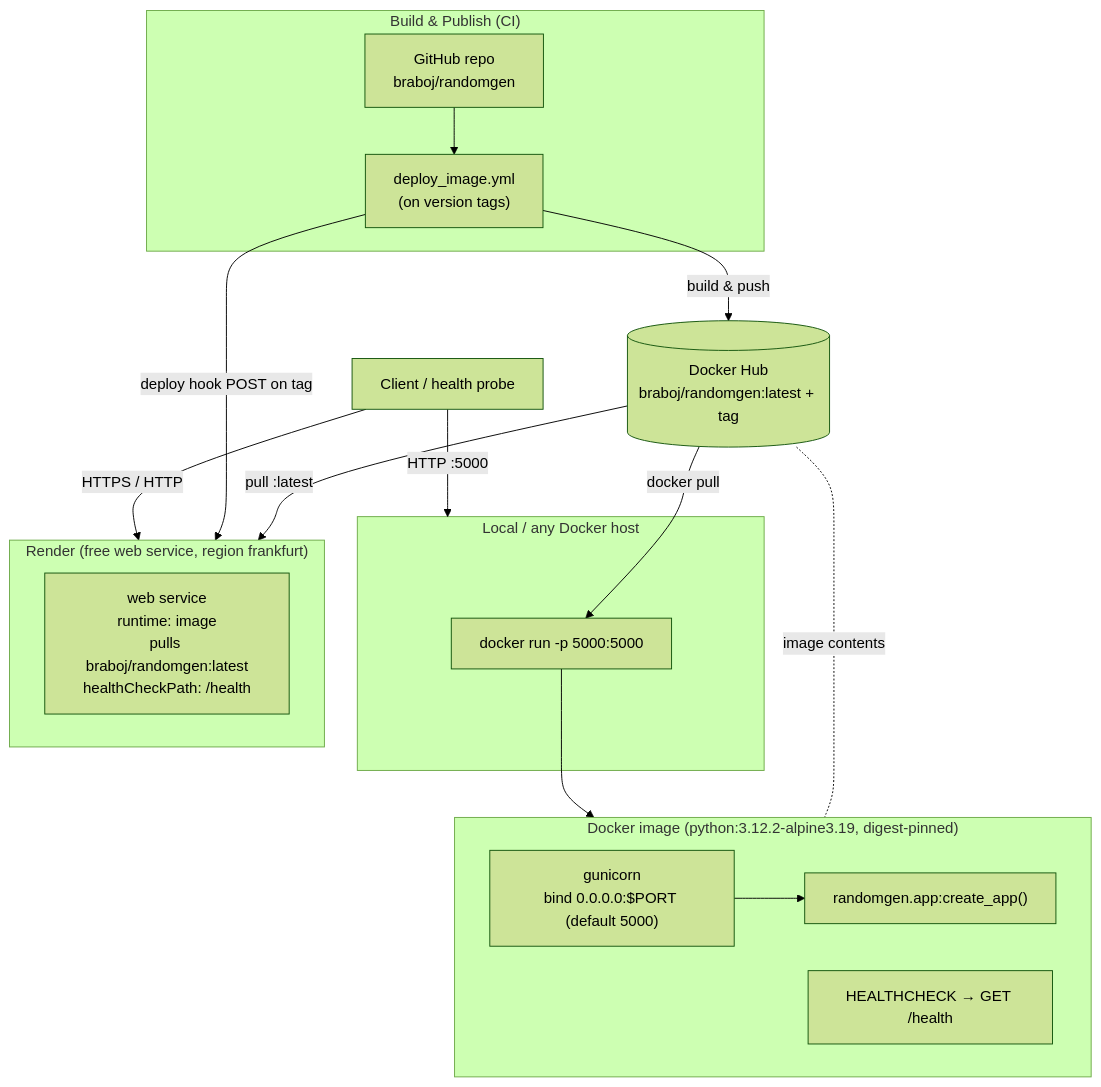
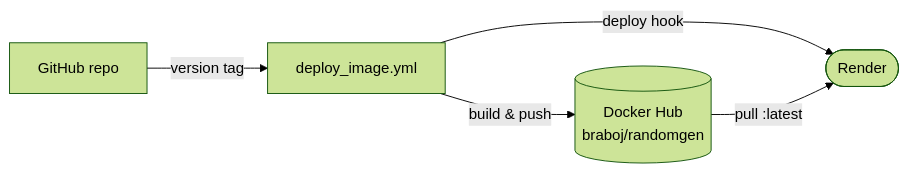
One commit to braboj/demo-randomgen changed the second of 2 diagrams in docs/arc42/07-deployment-view.md. Above: the diagram before and after it, drawn with Mermaid (forest theme). The commit also changed other lines of this file, not shown here.

First line of the commit message:
docs(arc42): Chapter 7 — split deployment diagram, apply the deployment lens (#138)

````diff
--- a/docs/arc42/07-deployment-view.md
+++ b/docs/arc42/07-deployment-view.md
@@ -10,34 +32,12 @@
 ```mermaid
-flowchart TB
-    subgraph build["Build & Publish (CI)"]
-        repo["GitHub repo<br/>braboj/randomgen"]
-        ci_img["deploy_image.yml<br/>(on version tags)"]
-        repo --> ci_img
-    end
+flowchart LR
+    repo["GitHub repo"]
+    ci["deploy_image.yml"]
+    hub[("Docker Hub<br/>braboj/randomgen")]
+    render(["Render"])
 
-    dockerhub[("Docker Hub<br/>braboj/randomgen:latest + tag")]
-    ci_img -->|build & push| dockerhub
-
-    subgraph image["Docker image (python:3.12.2-alpine3.19, digest-pinned)"]
-        gunicorn["gunicorn<br/>bind 0.0.0.0:$PORT (default 5000)"]
-        app["randomgen.app:create_app()"]
-        gunicorn --> app
-        hc["HEALTHCHECK → GET /health"]
-    end
-    dockerhub -. "image contents" .- image
-
-    subgraph local["Local / any Docker host"]
-        d_run["docker run -p 5000:5000"]
-    end
-    dockerhub -->|docker pull| d_run
-    d_run --> image
-
-    subgraph render["Render (free web service, region frankfurt)"]
-        r_svc["web service<br/>runtime: image<br/>pulls braboj/randomgen:latest<br/>healthCheckPath: /health"]
-    end
-    dockerhub -->|pull :latest| render
-    ci_img -->|deploy hook POST on tag| render
-
-    client["Client / health probe"] -->|HTTPS / HTTP| render
-    client -->|HTTP :5000| local
+    repo -->|version tag| ci
+    ci -->|build & push| hub
+    ci -->|deploy hook| render
+    hub -->|pull :latest| render
 ```
````
